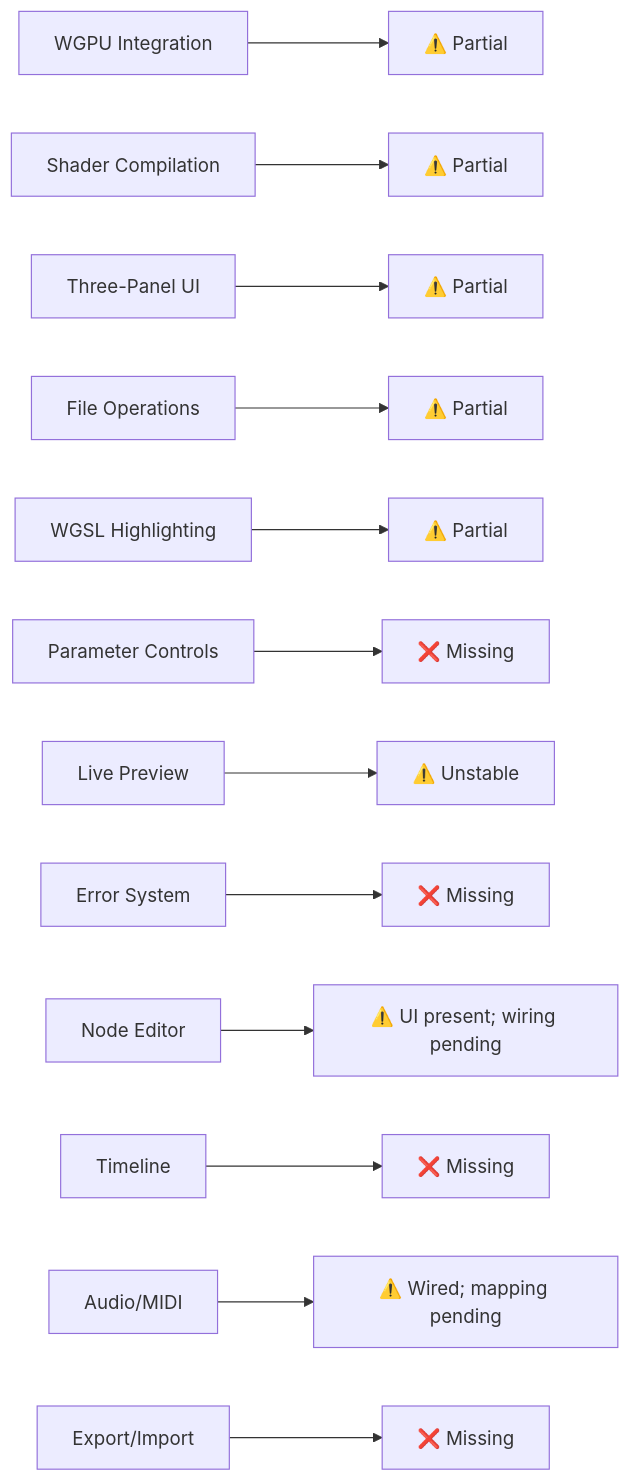
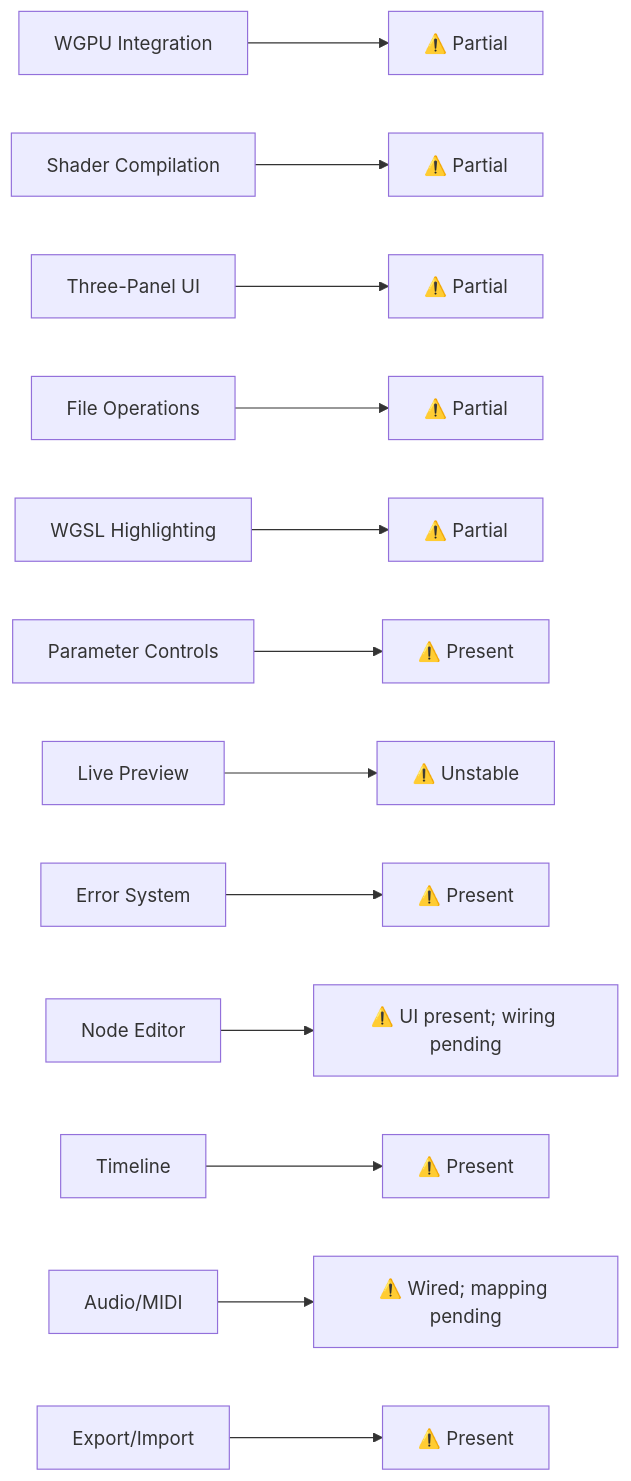
The eighth of 11 diagrams in docs/WGSL_Shader_Studio_Technical_Architecture_Current.md (compiling-org/WGSL-Shader-Studio), drawn with Mermaid before and after one commit. The commit also changed other lines of this file and 51 other files, not shown here.

````diff
--- a/docs/WGSL_Shader_Studio_Technical_Architecture_Current.md
+++ b/docs/WGSL_Shader_Studio_Technical_Architecture_Current.md
@@ -141,15 +140,15 @@
 ```mermaid
 flowchart LR
     P1[WGPU Integration] --> P1s[⚠️ Partial]
     P2[Shader Compilation] --> P2s[⚠️ Partial]
     P3[Three-Panel UI] --> P3s[⚠️ Partial]
     P4[File Operations] --> P4s[⚠️ Partial]
     P5[WGSL Highlighting] --> P5s[⚠️ Partial]
-    P6[Parameter Controls] --> P6s[❌ Missing]
+    P6[Parameter Controls] --> P6s[⚠️ Present]
     P7[Live Preview] --> P7s[⚠️ Unstable]
-    P8[Error System] --> P8s[❌ Missing]
+    P8[Error System] --> P8s[⚠️ Present]
     P9[Node Editor] --> P9s[⚠️ UI present; wiring pending]
-    P10[Timeline] --> P10s[❌ Missing]
+    P10[Timeline] --> P10s[⚠️ Present]
     P11[Audio/MIDI] --> P11s[⚠️ Wired; mapping pending]
-    P12[Export/Import] --> P12s[❌ Missing]
+    P12[Export/Import] --> P12s[⚠️ Present]
 ```
````
